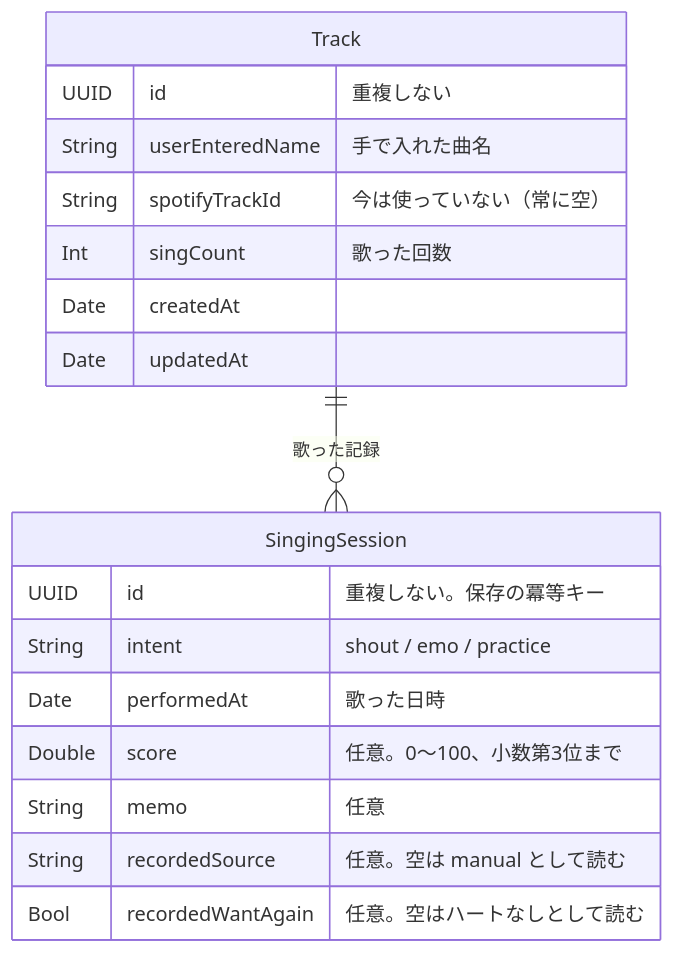
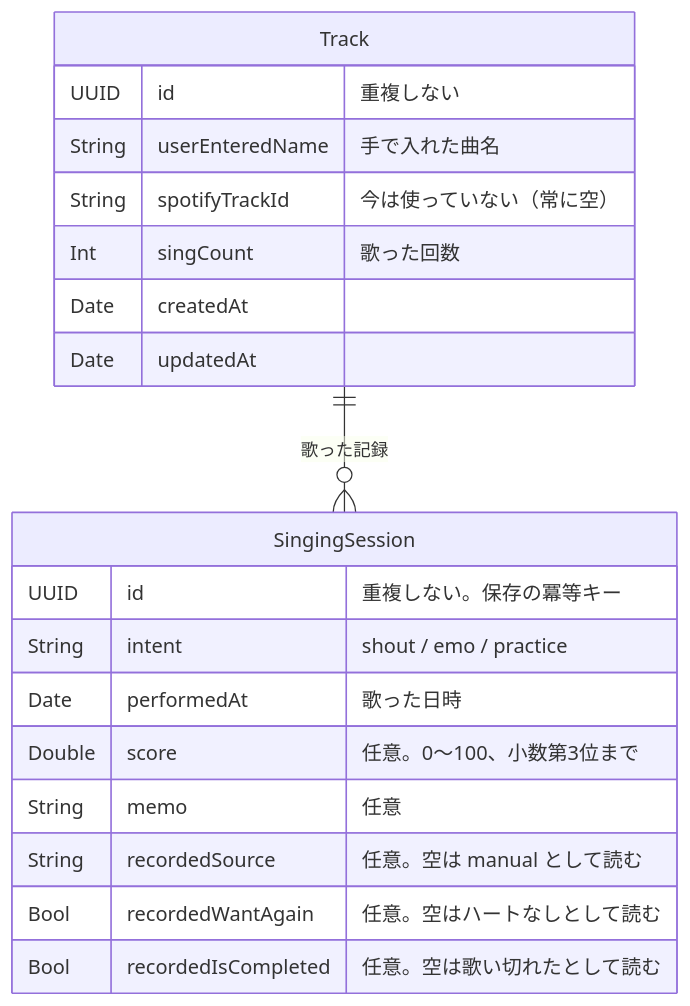
One commit to omomi-moti/Karaoke_support changed the third of 4 diagrams in docs/architecture.md. Above: the diagram before and after it, drawn with Mermaid. The commit also changed other lines of this file and 28 other files, not shown here.

````diff
--- a/docs/architecture.md
+++ b/docs/architecture.md
@@ -146,21 +146,22 @@
 ```mermaid
 erDiagram
     Track ||--o{ SingingSession : "歌った記録"
     Track {
         UUID id "重複しない"
         String userEnteredName "手で入れた曲名"
         String spotifyTrackId "今は使っていない（常に空）"
         Int singCount "歌った回数"
         Date createdAt
         Date updatedAt
     }
     SingingSession {
         UUID id "重複しない。保存の冪等キー"
         String intent "shout / emo / practice"
         Date performedAt "歌った日時"
         Double score "任意。0〜100、小数第3位まで"
         String memo "任意"
         String recordedSource "任意。空は manual として読む"
         Bool recordedWantAgain "任意。空はハートなしとして読む"
+        Bool recordedIsCompleted "任意。空は歌い切れたとして読む"
     }
 ```
````
